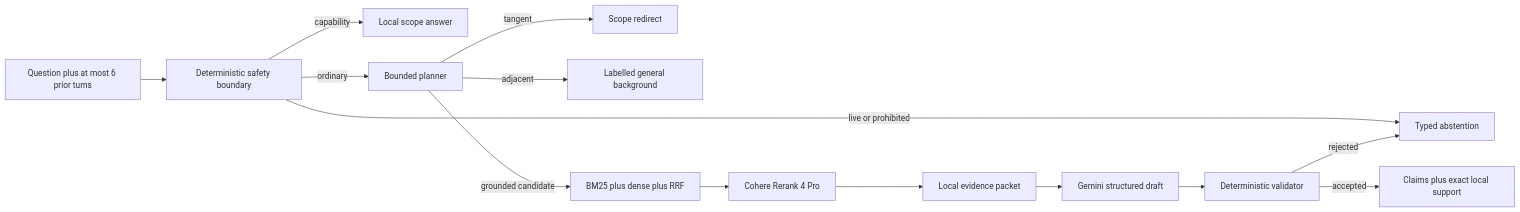
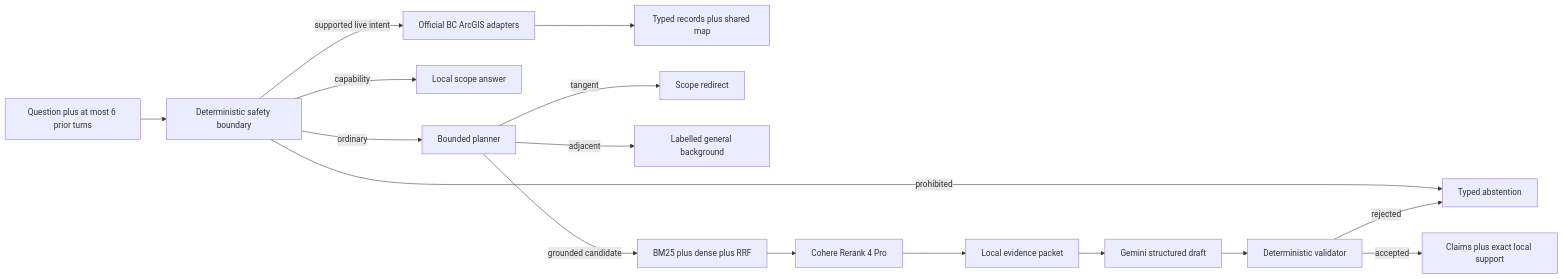
The diagram in README.md (yusenrong46-afk/firelens-bc), drawn with Mermaid before and after one commit. The commit also changed other lines of this file and 16 other files, not shown here.

````diff
--- a/README.md
+++ b/README.md
@@ -14,16 +13,18 @@
 ```mermaid
 flowchart LR
     Q["Question plus at most 6 prior turns"] --> B["Deterministic safety boundary"]
-    B -->|"live or prohibited"| A["Typed abstention"]
+    B -->|"prohibited"| A["Typed abstention"]
+    B -->|"supported live intent"| L["Official BC ArcGIS adapters"]
+    L --> M["Typed records plus shared map"]
     B -->|"capability"| C["Local scope answer"]
     B -->|"ordinary"| P["Bounded planner"]
     P -->|"tangent"| T["Scope redirect"]
     P -->|"adjacent"| G["Labelled general background"]
     P -->|"grounded candidate"| H["BM25 plus dense plus RRF"]
     H --> R["Cohere Rerank 4 Pro"]
     R --> E["Local evidence packet"]
     E --> D["Gemini structured draft"]
     D --> V["Deterministic validator"]
     V -->|"accepted"| O["Claims plus exact local support"]
     V -->|"rejected"| A
 ```
````
